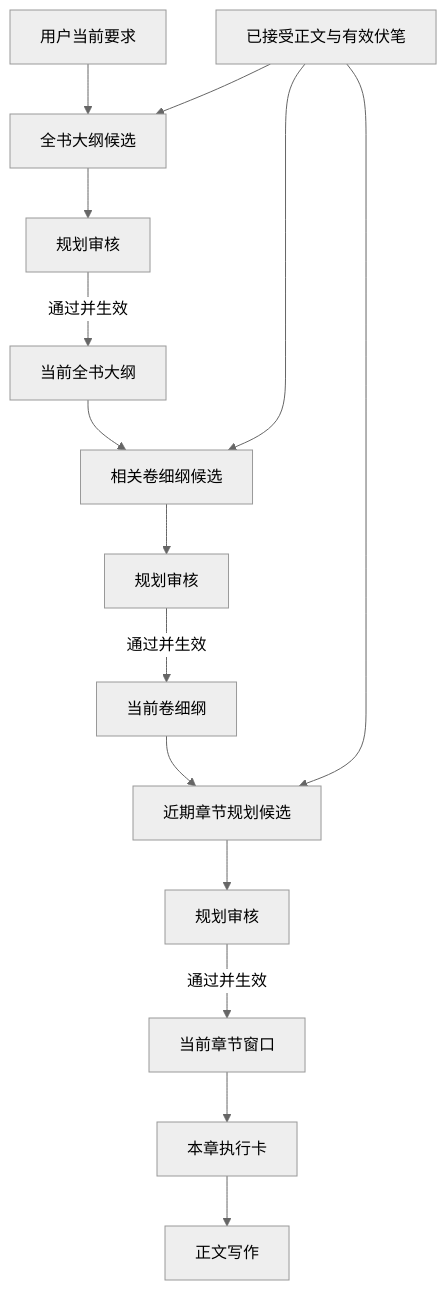
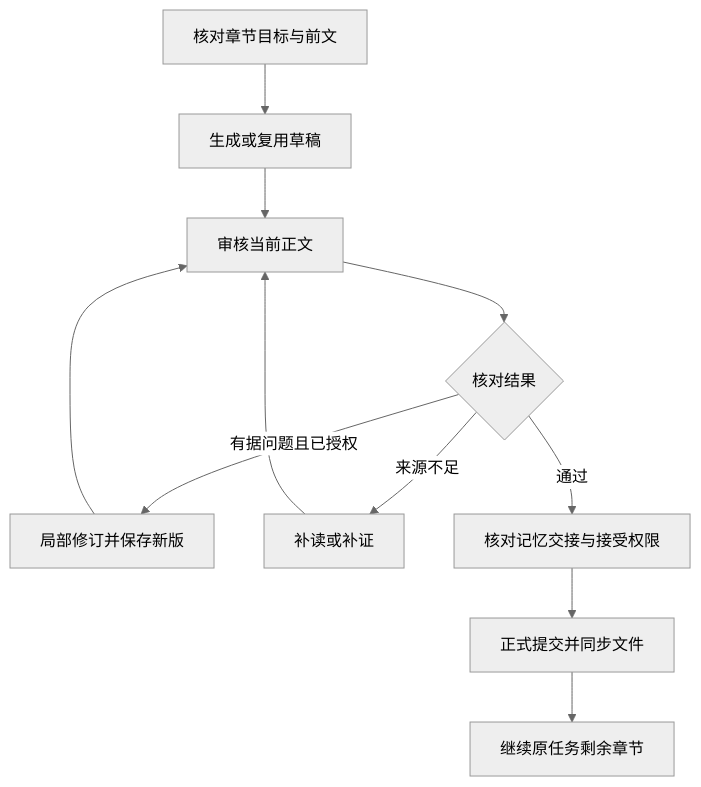
The third of 8 diagrams in README.md (littlewinter320/inkflow), drawn with Mermaid (neutral theme) before and after one commit. The commit also changed other lines of this file and 309 other files, not shown here.

````diff
--- a/README.md
+++ b/README.md
@@ -211,17 +456,13 @@
 ```mermaid
-graph TD
-    U[用户当前要求] --> O[全书大纲候选]
-    C[已接受正文与有效伏笔] --> O
-    O --> OR[规划审核]
-    OR -->|通过并生效| OA[当前全书大纲]
-    OA --> V[相关卷细纲候选]
-    C --> V
-    V --> VR[规划审核]
-    VR -->|通过并生效| VA[当前卷细纲]
-    VA --> P[近期章节规划候选]
-    C --> P
-    P --> PR[规划审核]
-    PR -->|通过并生效| PA[当前章节窗口]
-    PA --> K[本章执行卡]
-    K --> W[正文写作]
+flowchart TD
+    A[核对章节目标与前文] --> B[生成或复用草稿]
+    B --> C[审核当前正文]
+    C --> D{核对结果}
+    D -->|有据问题且已授权| E[局部修订并保存新版]
+    E --> C
+    D -->|来源不足| F[补读或补证]
+    F --> C
+    D -->|通过| G[核对记忆交接与接受权限]
+    G --> H[正式提交并同步文件]
+    H --> I[继续原任务剩余章节]
 ```
````
